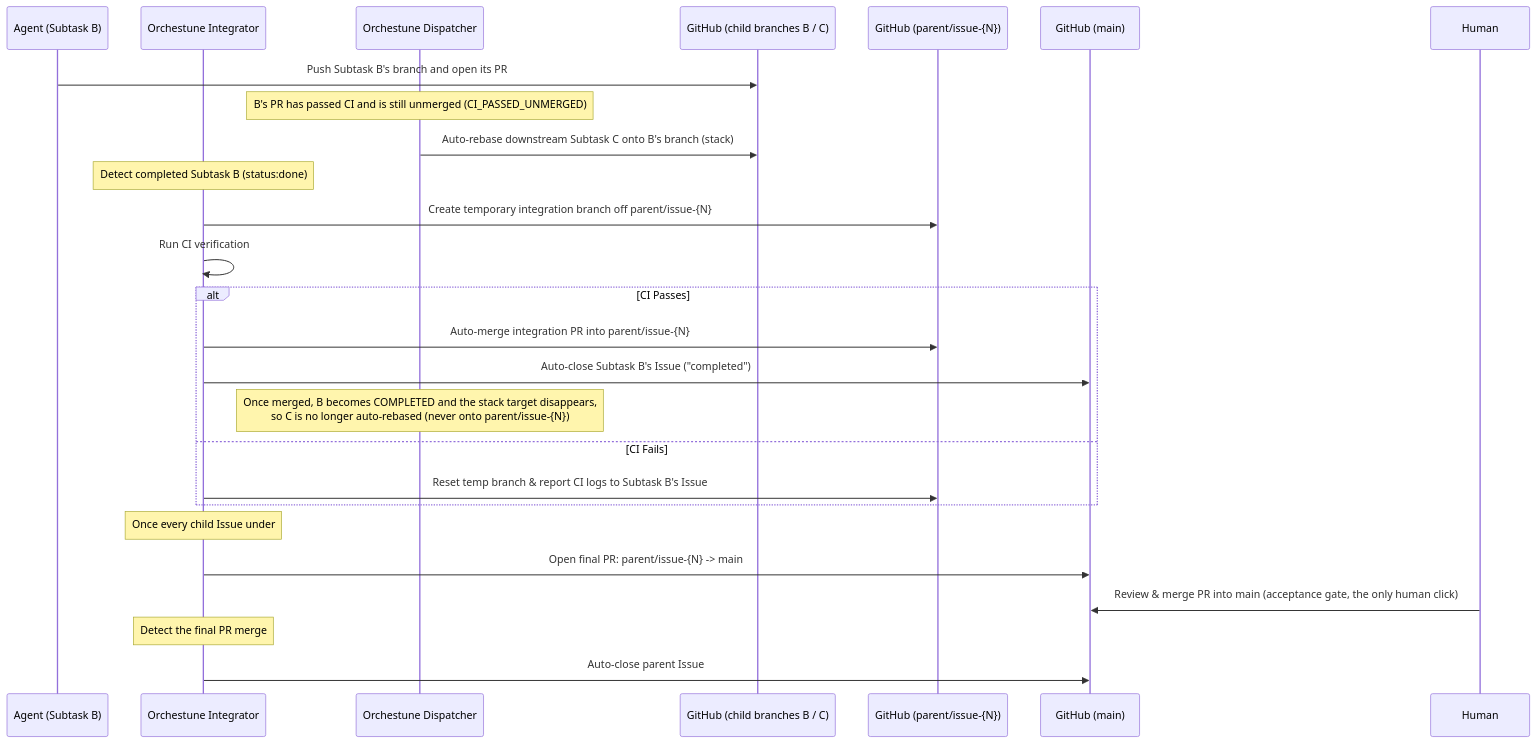
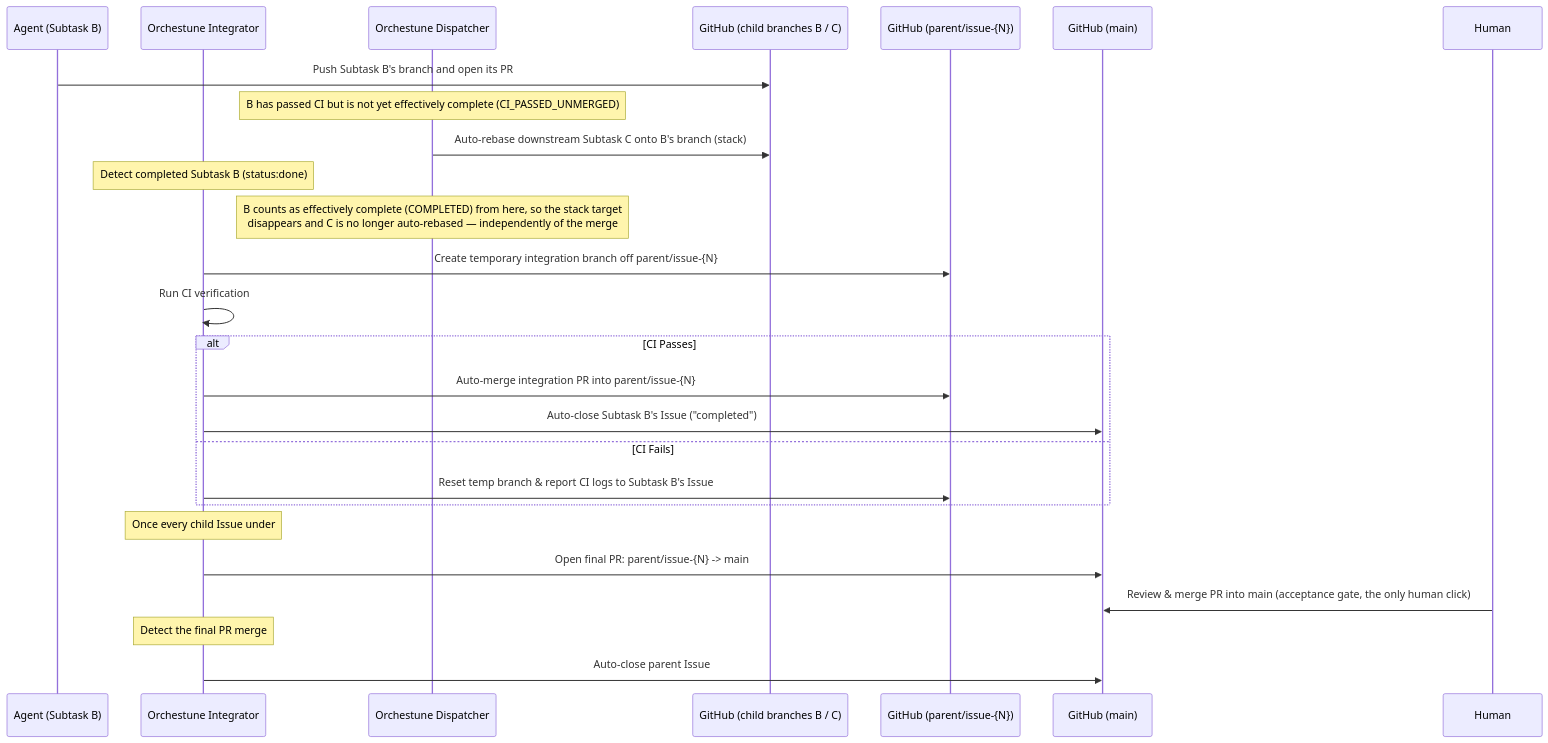
Before and after one commit to Saltmu/orchestune: the diagram in docs/en/architecture/integration.md, drawn with Mermaid. The commit also changed other lines of this file and 3 other files, not shown here.

First line of the commit message:
docs(architecture): tie stack-target loss to effective completion, not the merge (#910)

````diff
--- a/docs/en/architecture/integration.md
+++ b/docs/en/architecture/integration.md
@@ -11,29 +11,29 @@
 ```mermaid
 sequenceDiagram
     participant AG as Agent (Subtask B)
     participant IG as Orchestune Integrator
     participant DP as Orchestune Dispatcher
     participant CB as GitHub (child branches B / C)
     participant PB as GitHub (parent/issue-{N})
     participant GH as GitHub (main)
     participant HU as Human
 
     AG->>CB: Push Subtask B's branch and open its PR
-    Note over DP: B's PR has passed CI and is still unmerged (CI_PASSED_UNMERGED)
+    Note over DP: B has passed CI but is not yet effectively complete (CI_PASSED_UNMERGED)
     DP->>CB: Auto-rebase downstream Subtask C onto B's branch (stack)
     Note over IG: Detect completed Subtask B (status:done)
+    Note over DP: B counts as effectively complete (COMPLETED) from here, so the stack target<br/>disappears and C is no longer auto-rebased — independently of the merge
     IG->>PB: Create temporary integration branch off parent/issue-{N}
     IG->>IG: Run CI verification
     alt CI Passes
         IG->>PB: Auto-merge integration PR into parent/issue-{N}
         IG->>GH: Auto-close Subtask B's Issue ("completed")
-        Note over DP: Once merged, B becomes COMPLETED and the stack target disappears,<br/>so C is no longer auto-rebased (never onto parent/issue-{N})
     else CI Fails
         IG->>PB: Reset temp branch & report CI logs to Subtask B's Issue
     end
     Note over IG: Once every child Issue under #N is closed
     IG->>GH: Open final PR: parent/issue-{N} -> main
     HU->>GH: Review & merge PR into main (acceptance gate, the only human click)
     Note over IG: Detect the final PR merge
     IG->>GH: Auto-close parent Issue #N ("completed")
 ```
````
